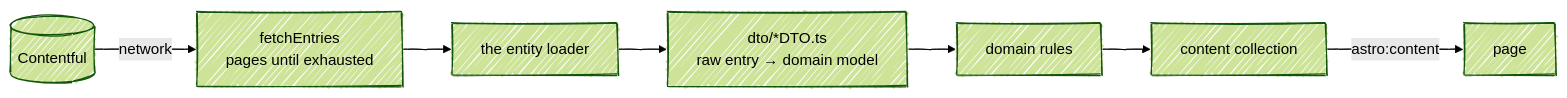
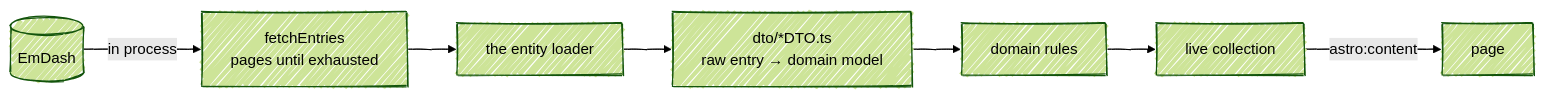
The diagram in docs/wiki/Content-Model.md (fbuireu/biancafiore), drawn with Mermaid (forest theme) before and after one commit. The commit also changed other lines of this file and 242 other files, not shown here.

Commit message:
feat: migrate content from Contentful to EmDash (#1196)

````diff
--- a/docs/wiki/Content-Model.md
+++ b/docs/wiki/Content-Model.md
@@ -29,14 +29,14 @@
 ```mermaid
 ---
 config:
   look: handDrawn
   layout: dagre
 ---
 flowchart LR
-    cms[("Contentful")] -- "network" --> fetch["fetchEntries<br/>pages until exhausted"]
+    cms[("EmDash")] -- "in process" --> fetch["fetchEntries<br/>pages until exhausted"]
     fetch --> loader["the entity loader"]
     loader --> dto["dto/*DTO.ts<br/>raw entry → domain model"]
     dto --> rules["domain rules"]
-    rules --> collection["content collection"]
+    rules --> collection["live collection"]
     collection -- "astro:content" --> page["page"]
 ```
````
